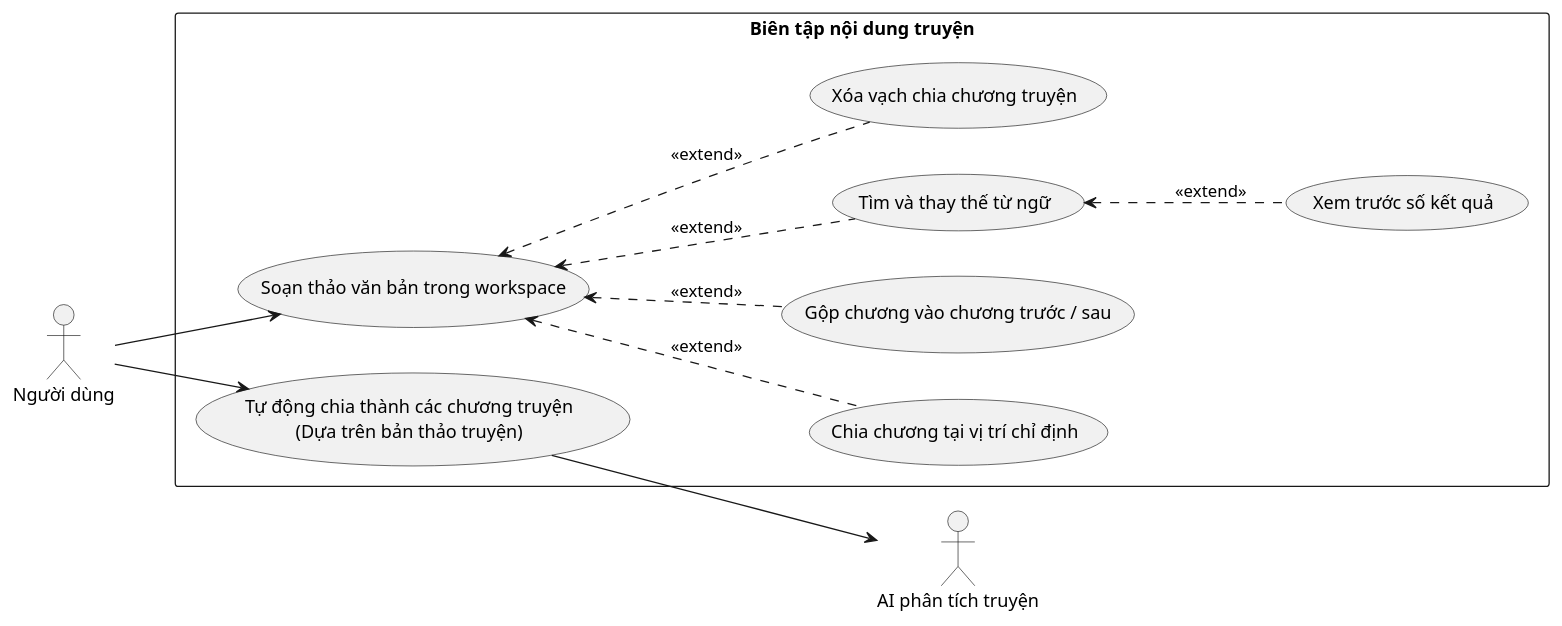
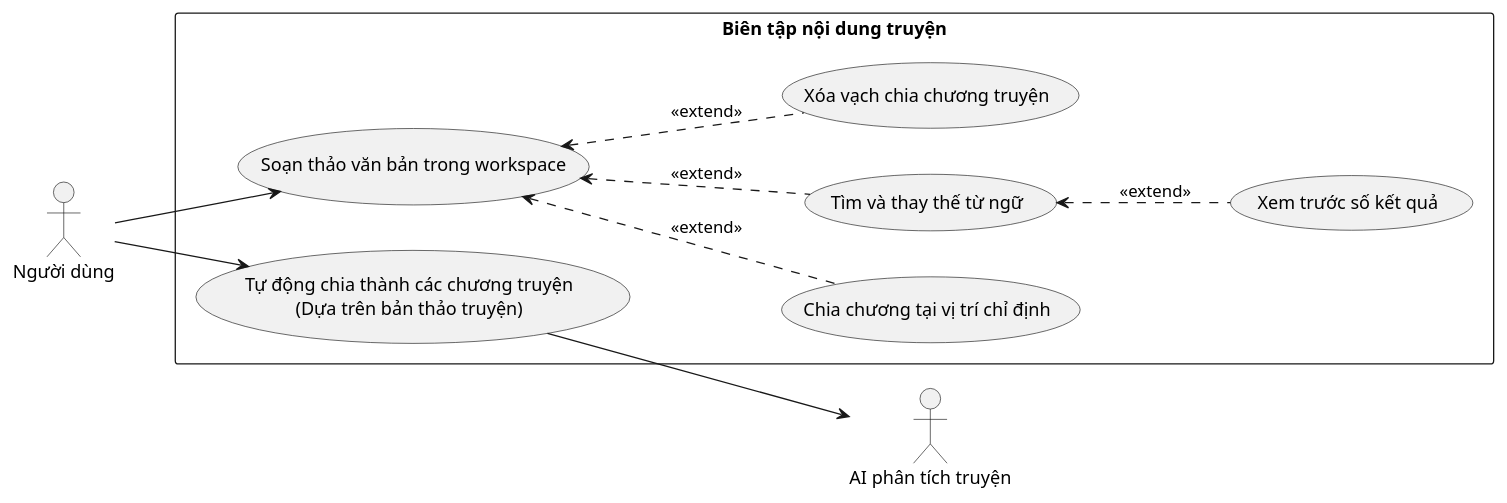
Before and after one commit to 202416852-anhpv/story2video-docs: the diagram in docs/bieu-do-uc/bieu-do-uc-chi-tiet/setup/bien-tap-noi-dung-truyen.puml, drawn with PlantUML. The commit also changed 1 other file, not shown here.

```diff
--- a/docs/bieu-do-uc/bieu-do-uc-chi-tiet/setup/bien-tap-noi-dung-truyen.puml
+++ b/docs/bieu-do-uc/bieu-do-uc-chi-tiet/setup/bien-tap-noi-dung-truyen.puml
@@ -1,26 +1,24 @@
 @startuml bien-tap-noi-dung-truyen
 left to right direction
 
 actor "Người dùng" as User
 actor "AI phân tích truyện" as AI_LLM
 rectangle "Biên tập nội dung truyện" {
     usecase "Soạn thảo văn bản trong workspace" as UC_01
     usecase "Chia chương tại vị trí chỉ định" as UC_02
-    usecase "Gộp chương vào chương trước / sau" as UC_03
     usecase "Tìm và thay thế từ ngữ" as UC_04
     usecase "Xem trước số kết quả" as UC_05
     usecase "Tự động chia thành các chương truyện\n(Dựa trên bản thảo truyện)" as UC_06
     usecase "Xóa vạch chia chương truyện" as UC_07
 }
 
 User --> UC_01
 User --> UC_06
 UC_06 --> AI_LLM
 
 UC_01 <.. UC_02 : <<extend>>
-UC_01 <.. UC_03 : <<extend>>
 UC_01 <.. UC_04 : <<extend>>
 UC_01 <.. UC_07 : <<extend>>
 UC_04 <.. UC_05 : <<extend>>
 
 @enduml
```
